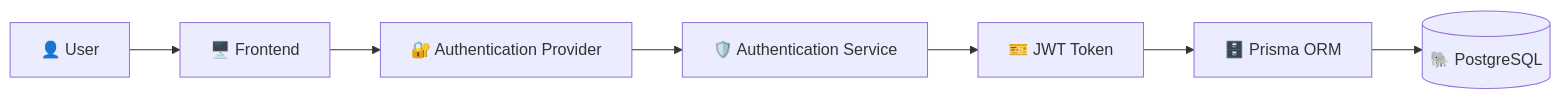
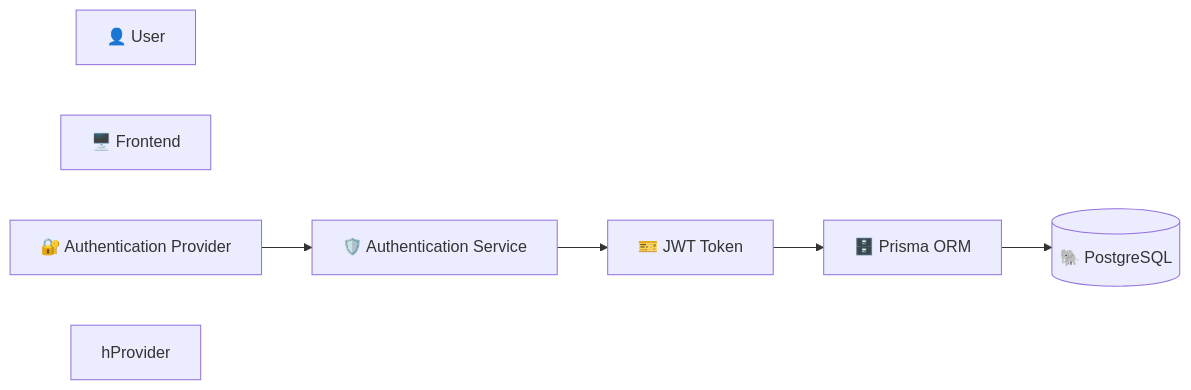
The first of 3 diagrams in README.md (Pruthvipatel20/EDULIN), drawn with Mermaid before and after one commit.

Commit message:
Update README.md for clarity and formatting by punya
Removed redundant lines and fixed formatting in the diagram.

````diff
--- a/README.md
+++ b/README.md
@@ -38,17 +38,17 @@
 ```mermaid
 graph LR
     User[👤 User]
     Frontend[🖥️ Frontend]
     AuthProvider[🔐 Authentication Provider]
     AuthService[🛡️ Authentication Service]
     JWT[🎫 JWT Token]
     Prisma[🗄️ Prisma ORM]
     DB[(🐘 PostgreSQL)]
 
-    User --> Frontend
-    Frontend --> AuthProvider
+   
+    hProvider
     AuthProvider --> AuthService
     AuthService --> JWT
     JWT --> Prisma
     Prisma --> DB
 ```
````
